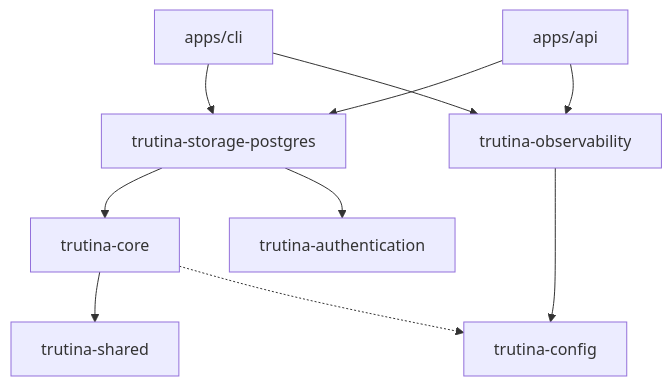
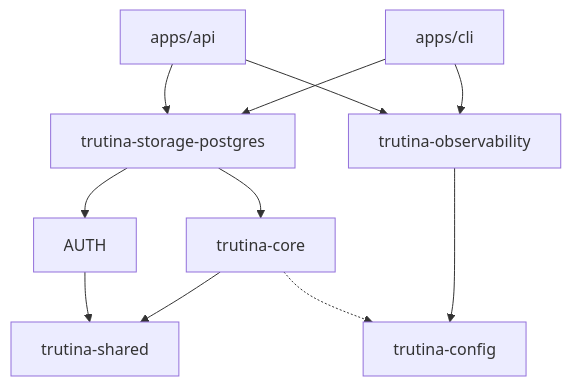
The diagram in README.md (Mofathy183/trutina), drawn with Mermaid before and after one commit. The commit also changed other lines of this file and 1 other file, not shown here.

First line of the commit message:
docs(auth): update repository guidance for registration use case

````diff
--- a/README.md
+++ b/README.md
@@ -22,13 +22,13 @@
 ```mermaid
 flowchart TD
     CLI[apps/cli] --> STORAGE_PG[trutina-storage-postgres]
     CLI --> OBS[trutina-observability]
     API[apps/api] --> STORAGE_PG
     API --> OBS
     STORAGE_PG --> CORE[trutina-core]
     STORAGE_PG --> AUTH
     OBS --> CONFIG[trutina-config]
     CORE --> SHARED[trutina-shared]
     CORE -.-> CONFIG
-    AUTH[trutina-authentication]
+    AUTH --> SHARED
 ```
````
